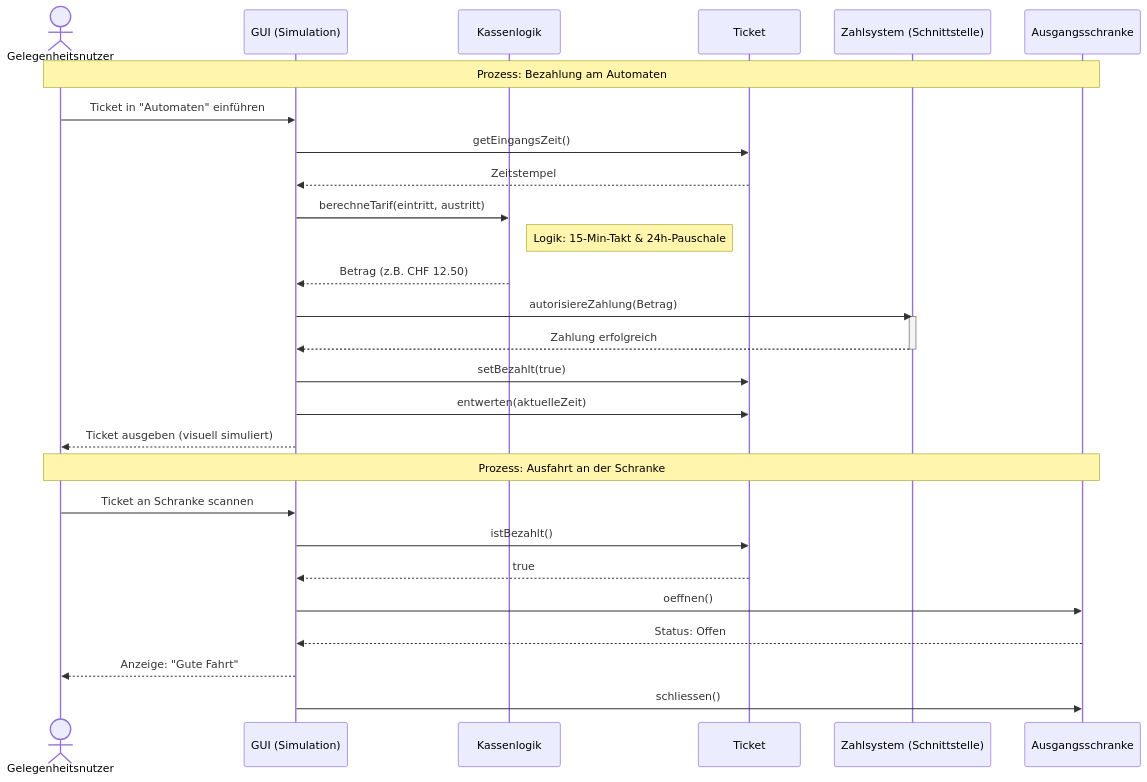
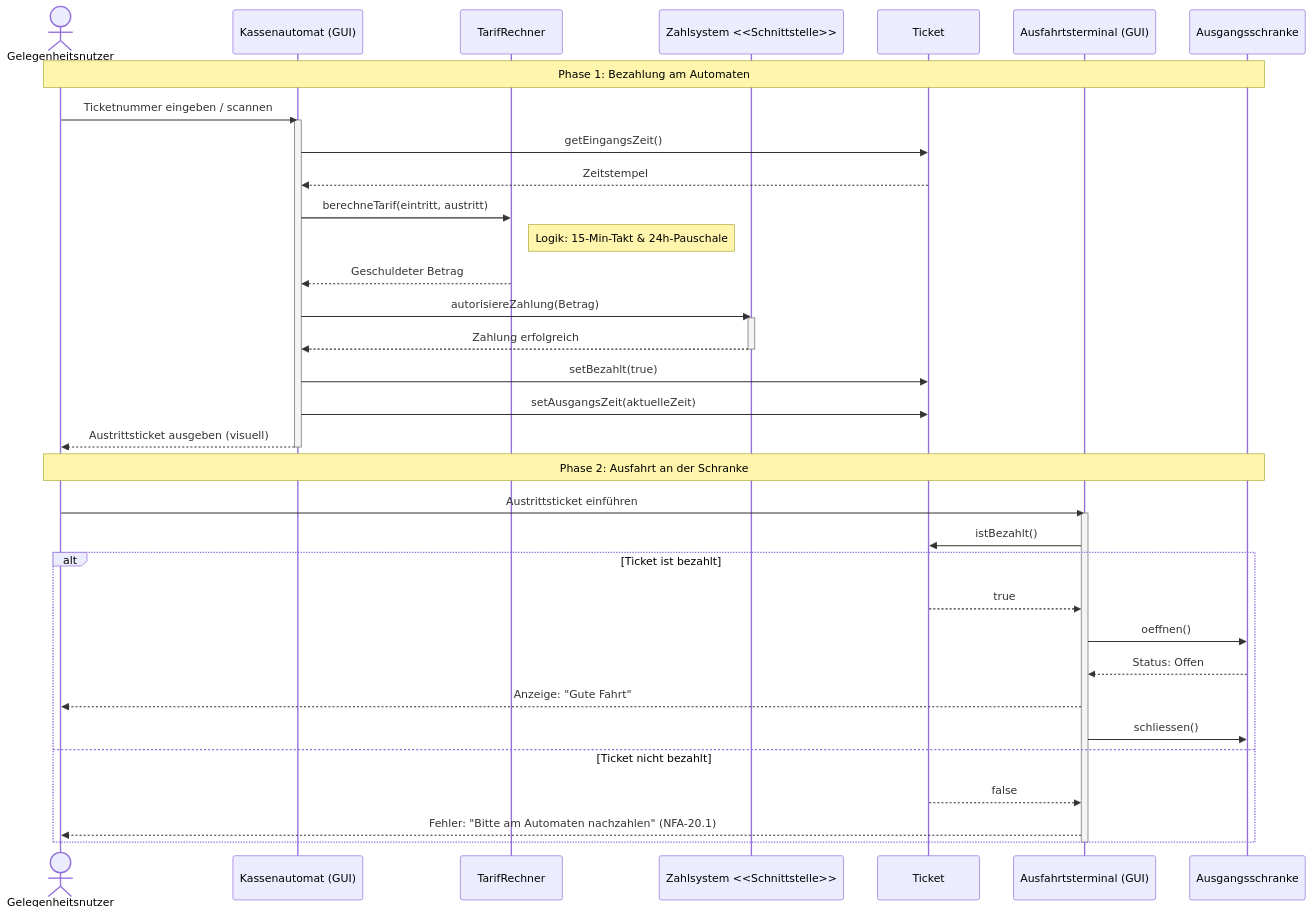
Before and after one commit to FaKiieZ/teko-projekt-software-engineering: the second of 2 diagrams in docs/sequenzdiagramm.md, drawn with Mermaid. The commit also changed 3 other files, not shown here.

Commit message:
update diagrams

````diff
--- a/docs/sequenzdiagramm.md
+++ b/docs/sequenzdiagramm.md
@@ -43,35 +43,46 @@
 ```mermaid
 sequenceDiagram
     actor GN as Gelegenheitsnutzer
-    participant UI as GUI (Simulation)
-    participant KA as Kassenlogik
+    participant Kasse as Kassenautomat (GUI)
+    participant KA as TarifRechner
+    participant ZS as Zahlsystem <<Schnittstelle>>
     participant T as Ticket
-    participant ZS as Zahlsystem (Schnittstelle)
+    participant Ausfahrt as Ausfahrtsterminal (GUI)
     participant S as Ausgangsschranke
 
-    Note over GN, S: Prozess: Bezahlung am Automaten
-    GN->>UI: Ticket in "Automaten" einführen
-    UI->>T: getEingangsZeit()
-    T-->>UI: Zeitstempel
-    UI->>KA: berechneTarif(eintritt, austritt)
+    Note over GN, S: Phase 1: Bezahlung am Automaten
+    GN->>Kasse: Ticketnummer eingeben / scannen
+    activate Kasse
+    Kasse->>T: getEingangsZeit()
+    T-->>Kasse: Zeitstempel
+    Kasse->>KA: berechneTarif(eintritt, austritt)
     Note right of KA: Logik: 15-Min-Takt & 24h-Pauschale
-    KA-->>UI: Betrag (z.B. CHF 12.50)
+    KA-->>Kasse: Geschuldeter Betrag
 
-    UI->>ZS: autorisiereZahlung(Betrag)
+    Kasse->>ZS: autorisiereZahlung(Betrag)
     activate ZS
-    ZS-->>UI: Zahlung erfolgreich
+    ZS-->>Kasse: Zahlung erfolgreich
     deactivate ZS
 
-    UI->>T: setBezahlt(true)
-    UI->>T: entwerten(aktuelleZeit)
-    UI-->>GN: Ticket ausgeben (visuell simuliert)
+    Kasse->>T: setBezahlt(true)
+    Kasse->>T: setAusgangsZeit(aktuelleZeit)
+    Kasse-->>GN: Austrittsticket ausgeben (visuell)
+    deactivate Kasse
 
-    Note over GN, S: Prozess: Ausfahrt an der Schranke
-    GN->>UI: Ticket an Schranke scannen
-    UI->>T: istBezahlt()
-    T-->>UI: true
-    UI->>S: oeffnen()
-    S-->>UI: Status: Offen
-    UI-->>GN: Anzeige: "Gute Fahrt"
-    UI->>S: schliessen()
+    Note over GN, S: Phase 2: Ausfahrt an der Schranke
+    GN->>Ausfahrt: Austrittsticket einführen
+    activate Ausfahrt
+    Ausfahrt->>T: istBezahlt()
+
+    alt Ticket ist bezahlt
+        T-->>Ausfahrt: true
+        Ausfahrt->>S: oeffnen()
+        S-->>Ausfahrt: Status: Offen
+        Ausfahrt-->>GN: Anzeige: "Gute Fahrt"
+        Ausfahrt->>S: schliessen()
+    else Ticket nicht bezahlt
+        T-->>Ausfahrt: false
+        Ausfahrt-->>GN: Fehler: "Bitte am Automaten nachzahlen" (NFA-20.1)
+    end
+    deactivate Ausfahrt
 ```
````
